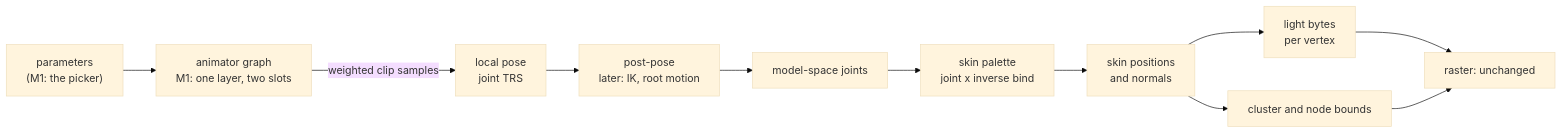
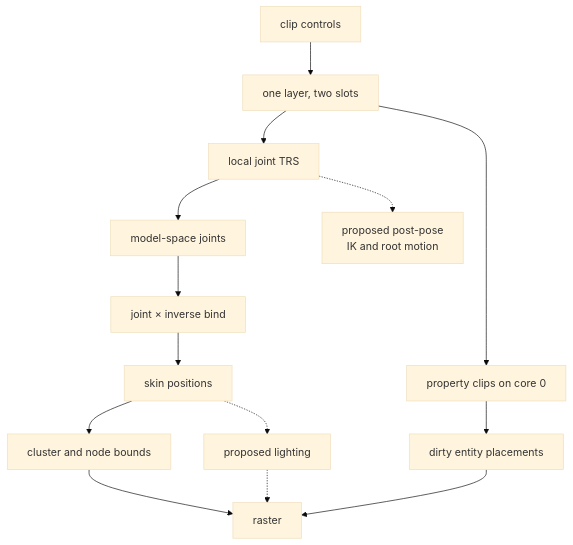
Before and after one commit to jose-villegas/autana: the first of 2 diagrams in docs/plans/Animation-System-Design-Sketch.md, drawn with Mermaid (base theme). The commit also changed other lines of this file and 10 other files, not shown here.

````diff
--- a/docs/plans/Animation-System-Design-Sketch.md
+++ b/docs/plans/Animation-System-Design-Sketch.md
@@ -22,13 +18,16 @@
 ```mermaid
-flowchart LR
-    Params["parameters<br/>(M1: the picker)"] --> Graph["animator graph<br/>M1: one layer, two slots"]
-    Graph -->|"weighted clip samples"| Pose["local pose<br/>joint TRS"]
-    Pose --> Post["post-pose<br/>later: IK, root motion"]
-    Post --> Model["model-space joints"]
-    Model --> Palette["skin palette<br/>joint x inverse bind"]
-    Palette --> Skin["skin positions<br/>and normals"]
-    Skin --> Light["light bytes<br/>per vertex"]
+flowchart TB
+    Params["clip controls"] --> Graph["one layer, two slots"]
+    Graph --> Pose["local joint TRS"]
+    Pose --> Model["model-space joints"]
+    Model --> Palette["joint × inverse bind"]
+    Palette --> Skin["skin positions"]
     Skin --> Bounds["cluster and node bounds"]
-    Light --> Raster["raster: unchanged"]
-    Bounds --> Raster
+    Bounds --> Raster["raster"]
+    Graph --> Property["property clips on core 0"]
+    Property --> Placement["dirty entity placements"]
+    Placement --> Raster
+    Pose -.-> Post["proposed post-pose<br/>IK and root motion"]
+    Skin -.-> Light["proposed lighting"]
+    Light -.-> Raster
 ```
````
